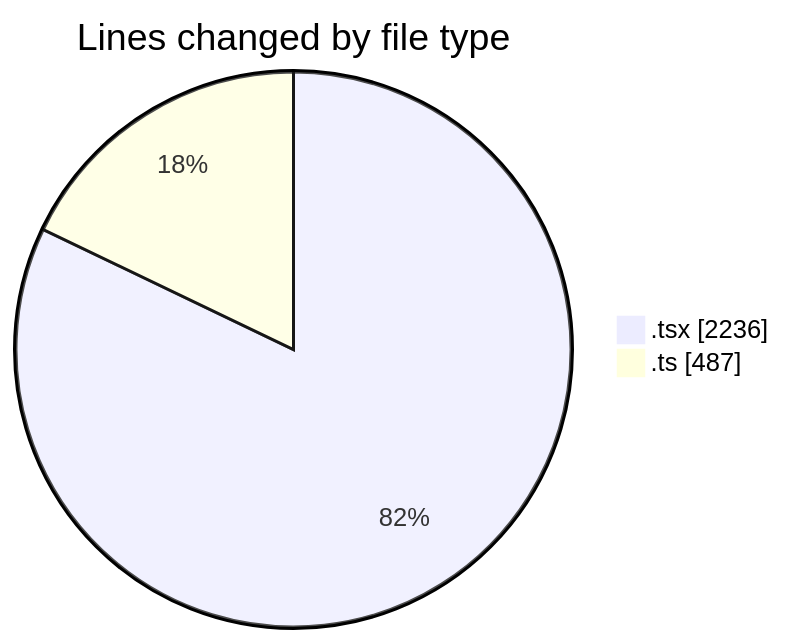
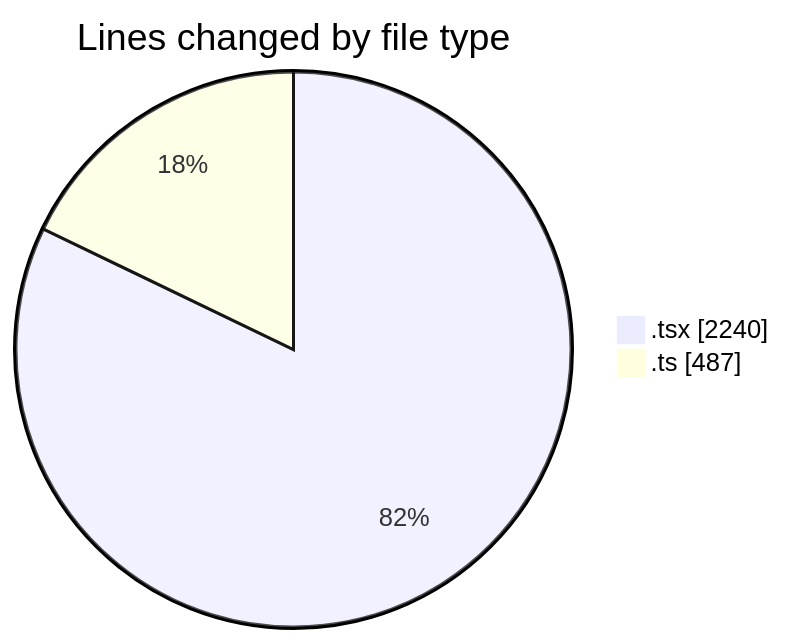
One commit to nxtqubesakshisongat/code-tracking changed the first of 2 diagrams in 2026-03-31/nxtqube_webapp/README.md. Above: the diagram before and after it, drawn with Mermaid. The commit also changed other lines of this file and 1 other file, not shown here.

````diff
--- a/2026-03-31/nxtqube_webapp/README.md
+++ b/2026-03-31/nxtqube_webapp/README.md
@@ -23,6 +23,6 @@
 ```mermaid
 pie showData
 title Lines changed by file type
-".tsx" : 2236
+".tsx" : 2240
 ".ts" : 487
 ```
````
